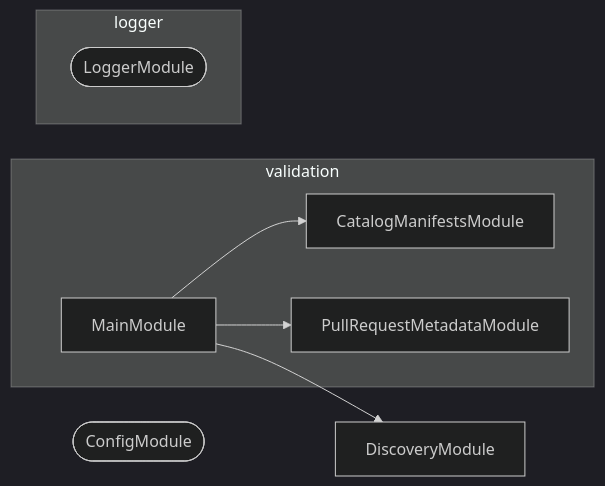
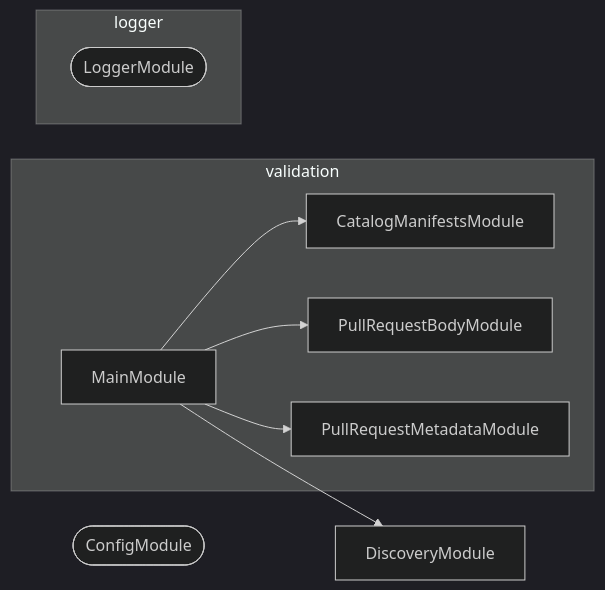
Before and after one commit to JimmyPaolini/codebase: the diagram in tools/validation/AGENTS.md, drawn with Mermaid (dark theme). The commit also changed 14 other files, not shown here.

Commit message:
refactor(validation): ♻️ check the pull request body from the validation application

````diff
--- a/tools/validation/AGENTS.md
+++ b/tools/validation/AGENTS.md
@@ -86,16 +86,18 @@
 ```mermaid
 flowchart LR
   subgraph group0["validation"]
     CatalogManifestsModule
     MainModule
+    PullRequestBodyModule
     PullRequestMetadataModule
   end
   subgraph group1["logger"]
     LoggerModule([LoggerModule])
   end
   ConfigModule([ConfigModule])
   DiscoveryModule
   MainModule --> CatalogManifestsModule
   MainModule --> DiscoveryModule
+  MainModule --> PullRequestBodyModule
   MainModule --> PullRequestMetadataModule
 ```
````
